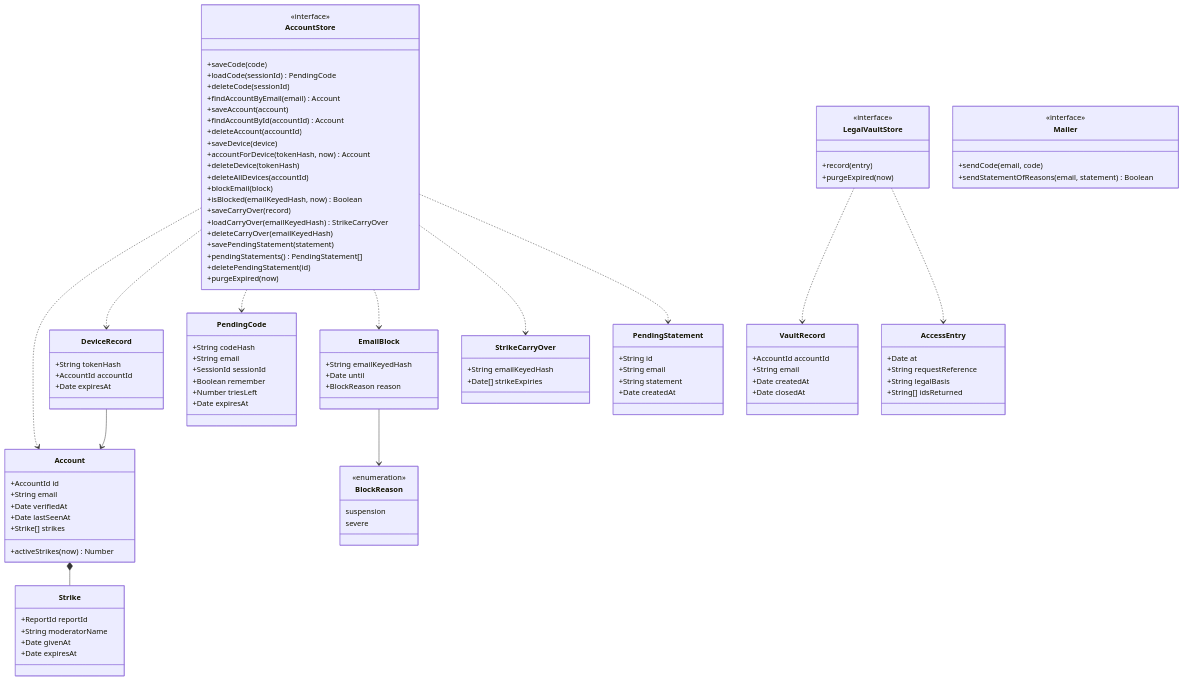
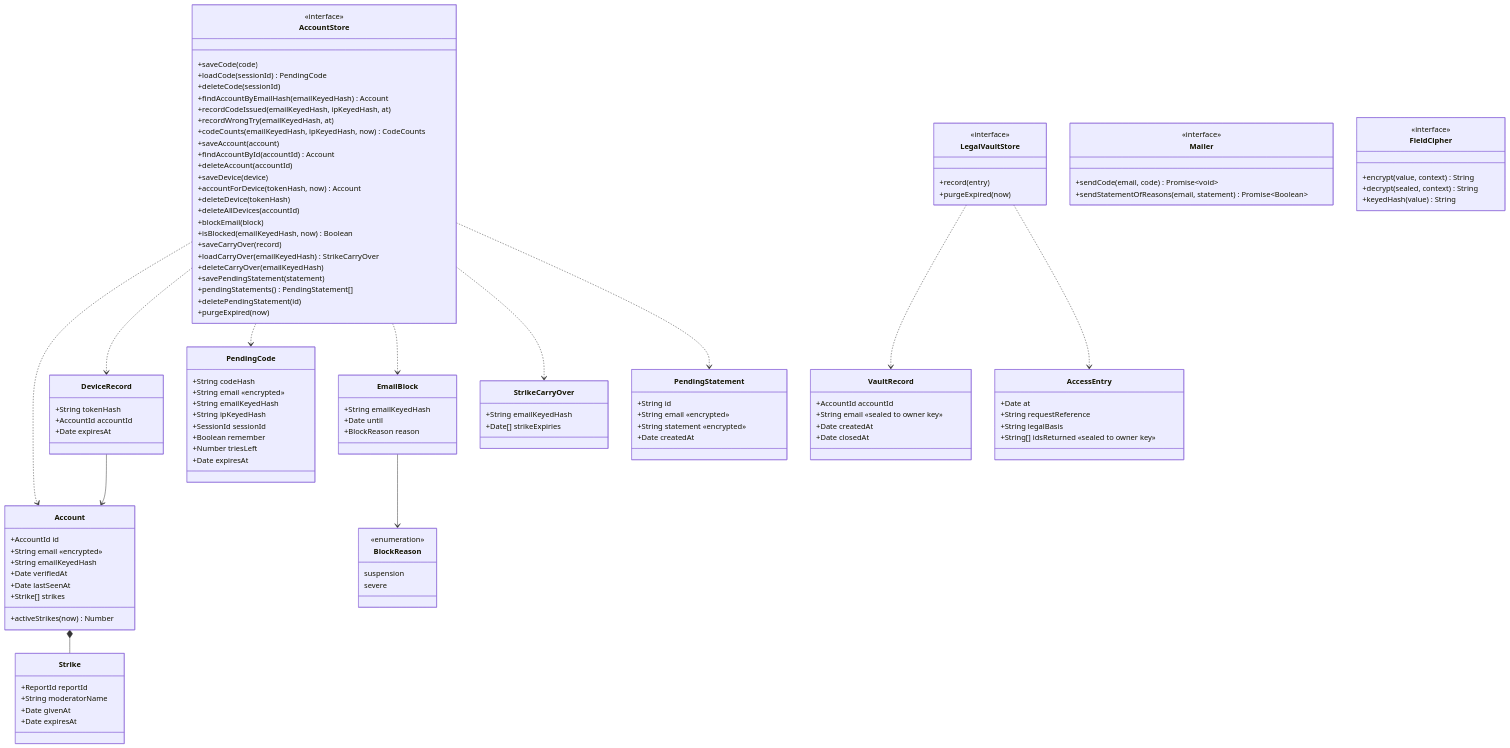
Before and after one commit to benoit-bremaud/asv: the diagram in docs/architecture/diagrams/accounts/04-class.md, drawn with Mermaid. The commit also changed other lines of this file and 63 other files, not shown here.

```diff
--- a/docs/architecture/diagrams/accounts/04-class.md
+++ b/docs/architecture/diagrams/accounts/04-class.md
@@ -15,7 +15,8 @@
 classDiagram
   class Account {
     +AccountId id
-    +String email
+    +String email «encrypted»
+    +String emailKeyedHash
     +Date verifiedAt
     +Date lastSeenAt
     +Strike[] strikes
@@ -34,7 +35,9 @@
   }
   class PendingCode {
     +String codeHash
-    +String email
+    +String email «encrypted»
+    +String emailKeyedHash
+    +String ipKeyedHash
     +SessionId sessionId
     +Boolean remember
     +Number triesLeft
@@ -56,8 +59,8 @@
   }
   class PendingStatement {
     +String id
-    +String email
-    +String statement
+    +String email «encrypted»
+    +String statement «encrypted»
     +Date createdAt
   }
   class AccountStore {
@@ -65,7 +68,10 @@
     +saveCode(code)
     +loadCode(sessionId) PendingCode
     +deleteCode(sessionId)
-    +findAccountByEmail(email) Account
+    +findAccountByEmailHash(emailKeyedHash) Account
+    +recordCodeIssued(emailKeyedHash, ipKeyedHash, at)
+    +recordWrongTry(emailKeyedHash, at)
+    +codeCounts(emailKeyedHash, ipKeyedHash, now) CodeCounts
     +saveAccount(account)
     +findAccountById(accountId) Account
     +deleteAccount(accountId)
@@ -85,7 +91,7 @@
   }
   class VaultRecord {
     +AccountId accountId
-    +String email
+    +String email «sealed to owner key»
     +Date createdAt
     +Date closedAt
   }
@@ -93,7 +99,7 @@
     +Date at
     +String requestReference
     +String legalBasis
-    +String[] idsReturned
+    +String[] idsReturned «sealed to owner key»
   }
   class LegalVaultStore {
     <<interface>>
@@ -102,8 +108,14 @@
   }
   class Mailer {
     <<interface>>
-    +sendCode(email, code)
-    +sendStatementOfReasons(email, statement) Boolean
+    +sendCode(email, code) Promise~void~
+    +sendStatementOfReasons(email, statement) Promise~Boolean~
+  }
+  class FieldCipher {
+    <<interface>>
+    +encrypt(value, context) String
+    +decrypt(sealed, context) String
+    +keyedHash(value) String
   }
   Account *-- Strike
   DeviceRecord --> Account
```
